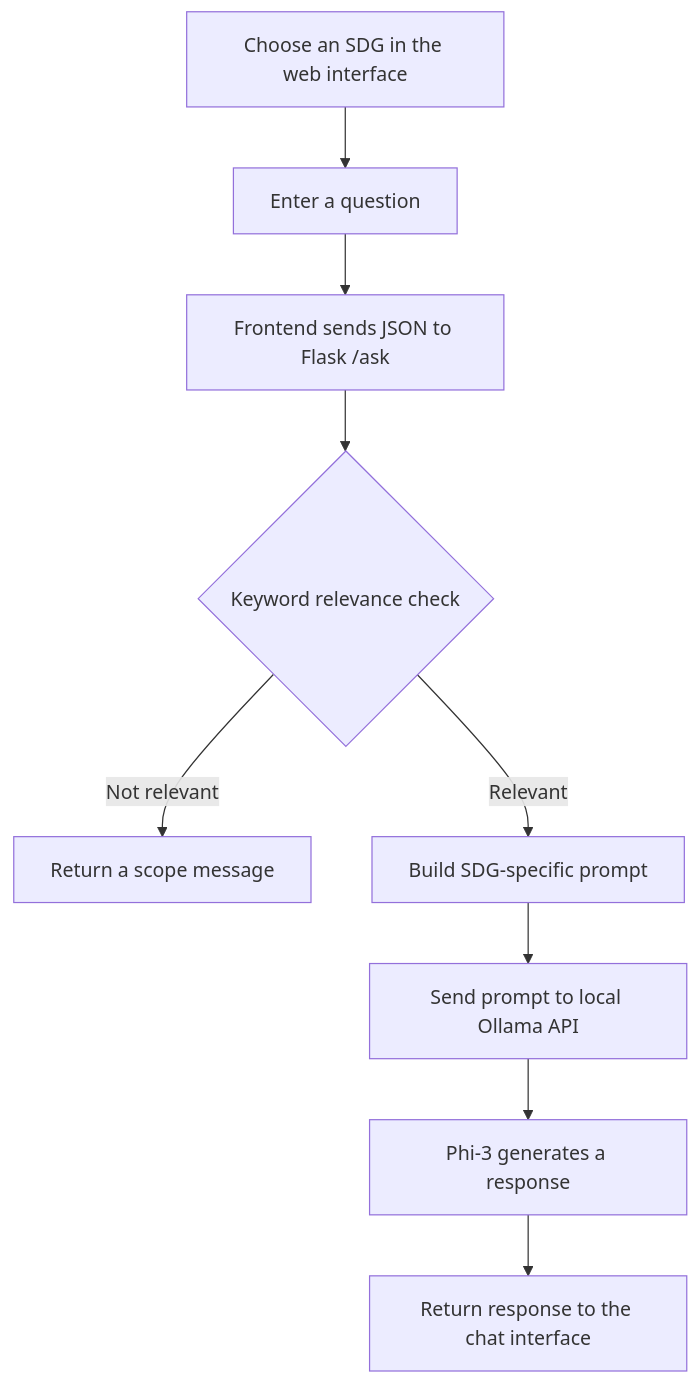
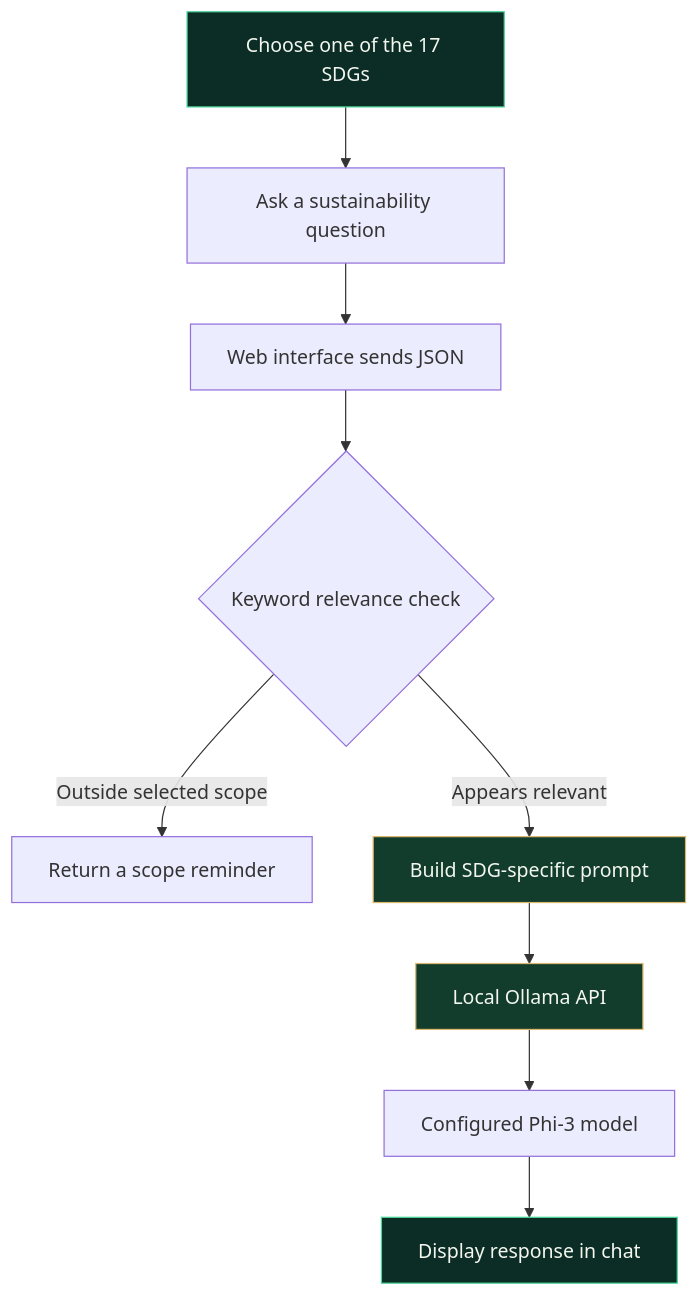
One commit to YashK-2006/sustaina-ai changed the diagram in README.md. Above: the diagram before and after it, drawn with Mermaid. The commit also changed other lines of this file, not shown here.

````diff
--- a/README.md
+++ b/README.md
@@ -31,11 +79,15 @@
 ```mermaid
 flowchart TD
-    A[Choose an SDG in the web interface] --> B[Enter a question]
-    B --> C[Frontend sends JSON to Flask /ask]
-    C --> D{Keyword relevance check}
-    D -- Not relevant --> E[Return a scope message]
-    D -- Relevant --> F[Build SDG-specific prompt]
-    F --> G[Send prompt to local Ollama API]
-    G --> H[Phi-3 generates a response]
-    H --> I[Return response to the chat interface]
+    A["Choose one of the 17 SDGs"] --> B["Ask a sustainability question"]
+    B --> C["Web interface sends JSON"]
+    C --> D{"Keyword relevance check"}
+    D -- "Outside selected scope" --> E["Return a scope reminder"]
+    D -- "Appears relevant" --> F["Build SDG-specific prompt"]
+    F --> G["Local Ollama API"]
+    G --> H["Configured Phi-3 model"]
+    H --> I["Display response in chat"]
+    style A fill:#0B2D25,stroke:#49D69A,color:#F3F7EF
+    style F fill:#123C2C,stroke:#D9B86C,color:#F3F7EF
+    style G fill:#123C2C,stroke:#D9B86C,color:#F3F7EF
+    style I fill:#0B2D25,stroke:#49D69A,color:#F3F7EF
 ```
````
